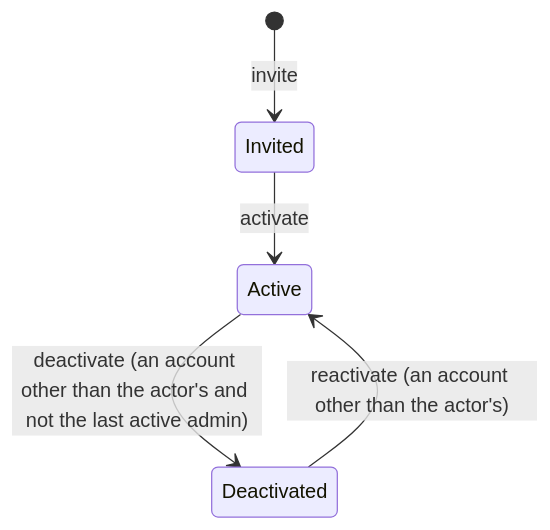
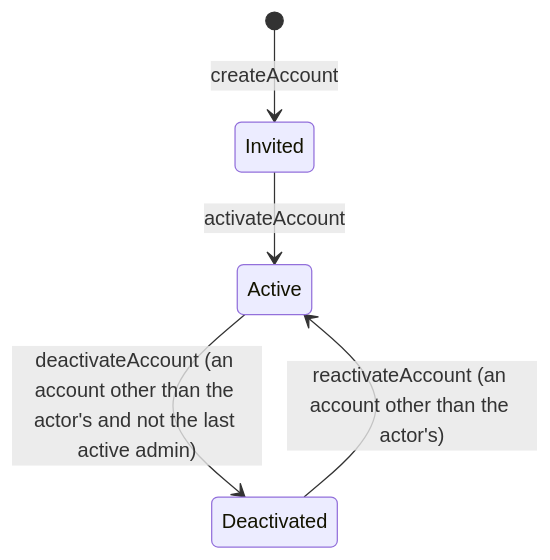
Before and after one commit to phibkro/vektorprogrammet-reimagined: the diagram in docs/system/accounts.md, drawn with Mermaid. The commit also changed other lines of this file and 57 other files, not shown here.

````diff
--- a/docs/system/accounts.md
+++ b/docs/system/accounts.md
@@ -28,7 +28,7 @@
 ```mermaid
 stateDiagram-v2
-  [*] --> Invited : invite
-  Invited --> Active : activate
-  Active --> Deactivated : deactivate (an account other than the actor's and not the last active admin)
-  Deactivated --> Active : reactivate (an account other than the actor's)
+  [*] --> Invited : createAccount
+  Invited --> Active : activateAccount
+  Active --> Deactivated : deactivateAccount (an account other than the actor's and not the last active admin)
+  Deactivated --> Active : reactivateAccount (an account other than the actor's)
 ```
````
